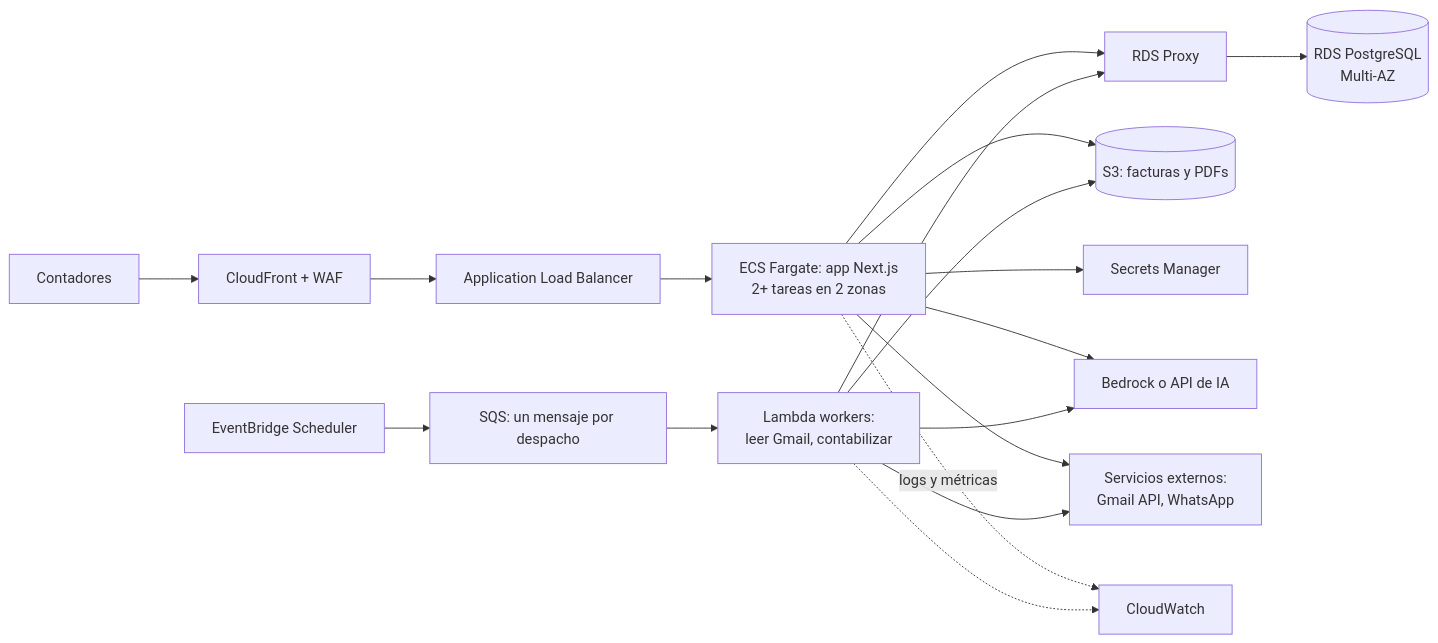
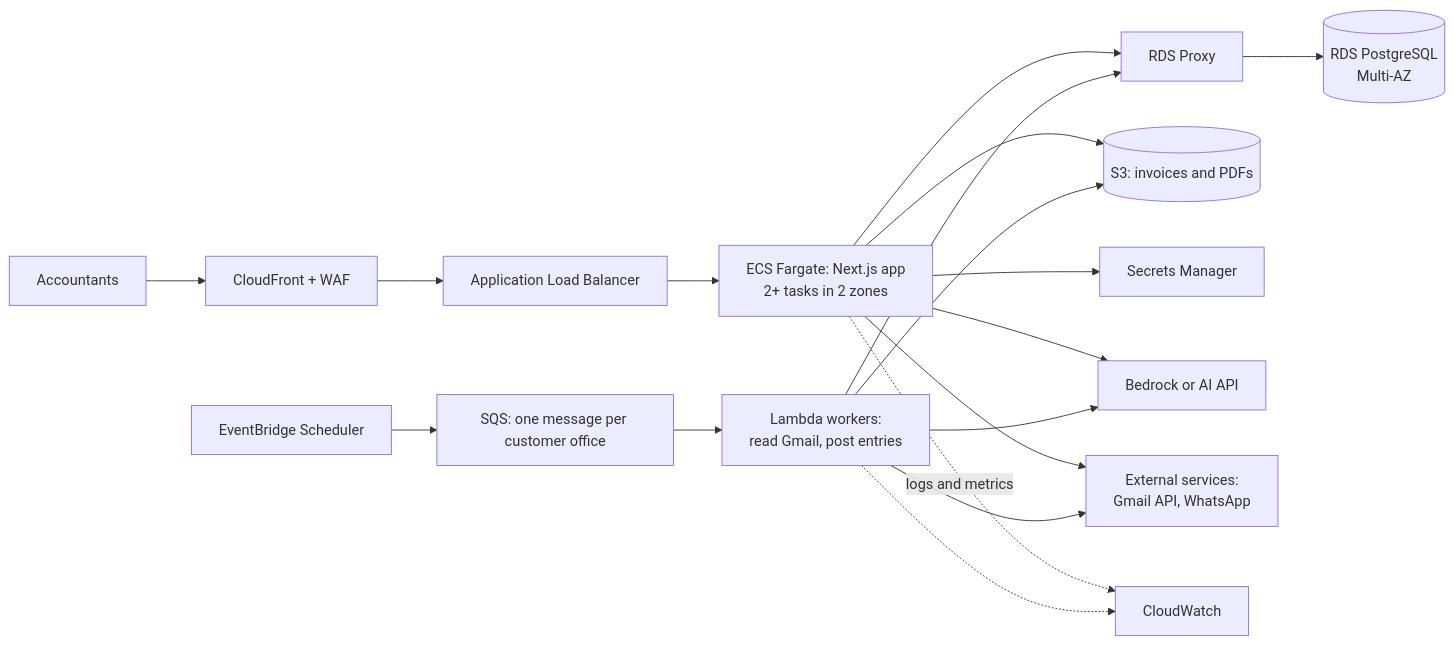
Before and after one commit to close-cr/portfolio-aws-my-stack: the diagram in README.md, drawn with Mermaid. The commit also changed other lines of this file and 5 other files, not shown here.

````diff
--- a/README.md
+++ b/README.md
@@ -33,20 +35,20 @@
 ```mermaid
 flowchart LR
-    U[Contadores] --> CF[CloudFront + WAF]
+    U[Accountants] --> CF[CloudFront + WAF]
     CF --> ALB[Application Load Balancer]
-    ALB --> APP[ECS Fargate: app Next.js<br/>2+ tareas en 2 zonas]
+    ALB --> APP[ECS Fargate: Next.js app<br/>2+ tasks in 2 zones]
     APP --> PX[RDS Proxy]
     PX --> DB[(RDS PostgreSQL<br/>Multi-AZ)]
-    APP --> S3[(S3: facturas y PDFs)]
+    APP --> S3[(S3: invoices and PDFs)]
     APP --> SM[Secrets Manager]
-    EB[EventBridge Scheduler] --> Q[SQS: un mensaje por despacho]
-    Q --> W[Lambda workers:<br/>leer Gmail, contabilizar]
+    EB[EventBridge Scheduler] --> Q[SQS: one message per customer office]
+    Q --> W[Lambda workers:<br/>read Gmail, post entries]
     W --> PX
     W --> S3
-    APP --> BR[Bedrock o API de IA]
+    APP --> BR[Bedrock or AI API]
     W --> BR
-    APP --> X[Servicios externos:<br/>Gmail API, WhatsApp]
+    APP --> X[External services:<br/>Gmail API, WhatsApp]
     W --> X
-    APP -.logs y métricas.-> CW[CloudWatch]
+    APP -.logs and metrics.-> CW[CloudWatch]
     W -.-> CW
 ```
````
